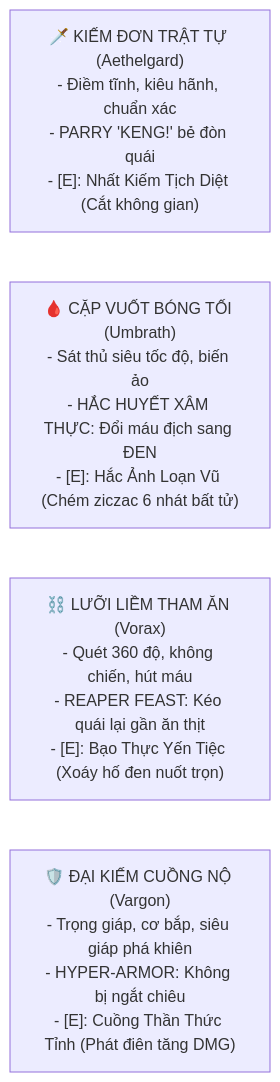
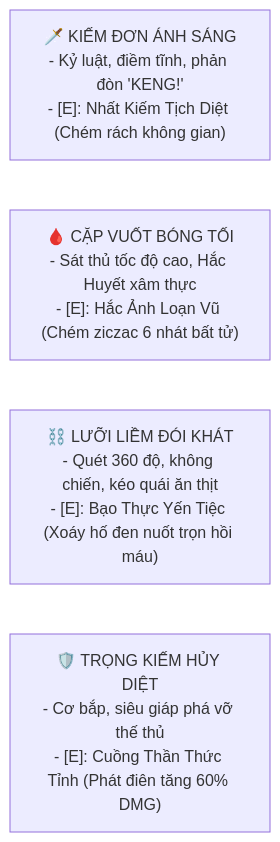
Before and after one commit to FPTU-Felix/GODSHACKLE: the third of 4 diagrams in KICH_BAN_VA_COT_TRUYEN.md, drawn with Mermaid. The commit also changed other lines of this file and 5 other files, not shown here.

````diff
--- a/KICH_BAN_VA_COT_TRUYEN.md
+++ b/KICH_BAN_VA_COT_TRUYEN.md
@@ -84,7 +77,7 @@
 ```mermaid
 flowchart LR
-    W1["🗡️ KIẾM ĐƠN TRẬT TỰ (Aethelgard)\n- Điềm tĩnh, kiêu hãnh, chuẩn xác\n- PARRY 'KENG!' bẻ đòn quái\n- [E]: Nhất Kiếm Tịch Diệt (Cắt không gian)"]
-    W2["🩸 CẶP VUỐT BÓNG TỐI (Umbrath)\n- Sát thủ siêu tốc độ, biến ảo\n- HẮC HUYẾT XÂM THỰC: Đổi máu địch sang ĐEN\n- [E]: Hắc Ảnh Loạn Vũ (Chém ziczac 6 nhát bất tử)"]
-    W3["⛓️ LƯỠI LIỀM THAM ĂN (Vorax)\n- Quét 360 độ, không chiến, hút máu\n- REAPER FEAST: Kéo quái lại gần ăn thịt\n- [E]: Bạo Thực Yến Tiệc (Xoáy hố đen nuốt trọn)"]
-    W4["🛡️ ĐẠI KIẾM CUỒNG NỘ (Vargon)\n- Trọng giáp, cơ bắp, siêu giáp phá khiên\n- HYPER-ARMOR: Không bị ngắt chiêu\n- [E]: Cuồng Thần Thức Tỉnh (Phát điên tăng DMG)"]
+    W1["🗡️ KIẾM ĐƠN ÁNH SÁNG\n- Kỷ luật, điềm tĩnh, phản đòn 'KENG!'\n- [E]: Nhất Kiếm Tịch Diệt (Chém rách không gian)"]
+    W2["🩸 CẶP VUỐT BÓNG TỐI\n- Sát thủ tốc độ cao, Hắc Huyết xâm thực\n- [E]: Hắc Ảnh Loạn Vũ (Chém ziczac 6 nhát bất tử)"]
+    W3["⛓️ LƯỠI LIỀM ĐÓI KHÁT\n- Quét 360 độ, không chiến, kéo quái ăn thịt\n- [E]: Bạo Thực Yến Tiệc (Xoáy hố đen nuốt trọn hồi máu)"]
+    W4["🛡️ TRỌNG KIẾM HỦY DIỆT\n- Cơ bắp, siêu giáp phá vỡ thế thủ\n- [E]: Cuồng Thần Thức Tỉnh (Phát điên tăng 60% DMG)"]
 ```
````
